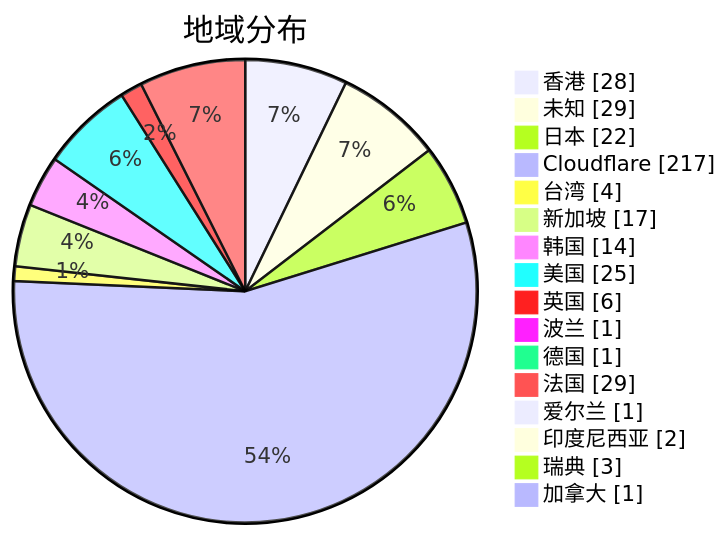
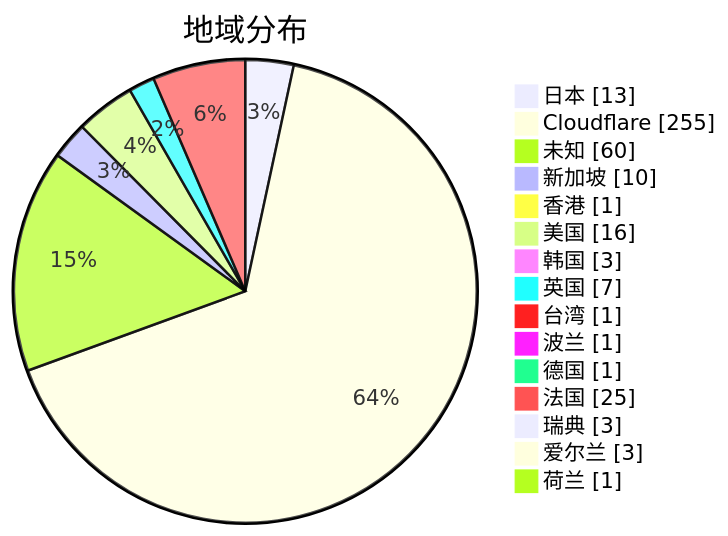
One commit to qjlxg/airport changed the second of 3 diagrams in subs/statistics/tested_within.md. Above: the diagram before and after it, drawn with Mermaid. The commit also changed other lines of this file and 2 other files, not shown here.

Commit message:
Tested by metaST

````diff
--- a/subs/statistics/tested_within.md
+++ b/subs/statistics/tested_within.md
@@ -13,20 +14,19 @@
 ```mermaid
 pie showData
 title 地域分布
-"香港" : 28
-"未知" : 29
-"日本" : 22
-"Cloudflare" : 217
-"台湾" : 4
-"新加坡" : 17
-"韩国" : 14
-"美国" : 25
-"英国" : 6
+"日本" : 13
+"Cloudflare" : 255
+"未知" : 60
+"新加坡" : 10
+"香港" : 1
+"美国" : 16
+"韩国" : 3
+"英国" : 7
+"台湾" : 1
 "波兰" : 1
 "德国" : 1
-"法国" : 29
-"爱尔兰" : 1
-"印度尼西亚" : 2
+"法国" : 25
 "瑞典" : 3
-"加拿大" : 1
+"爱尔兰" : 3
+"荷兰" : 1
 ```
````
